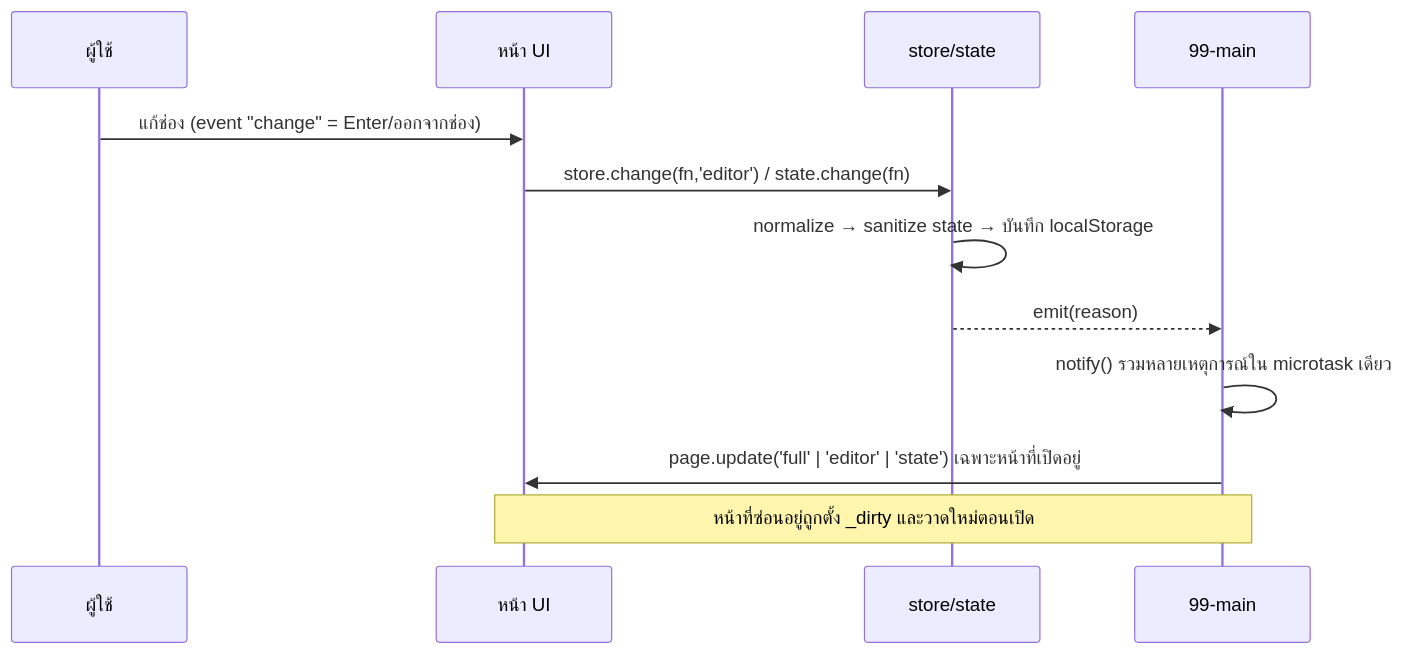
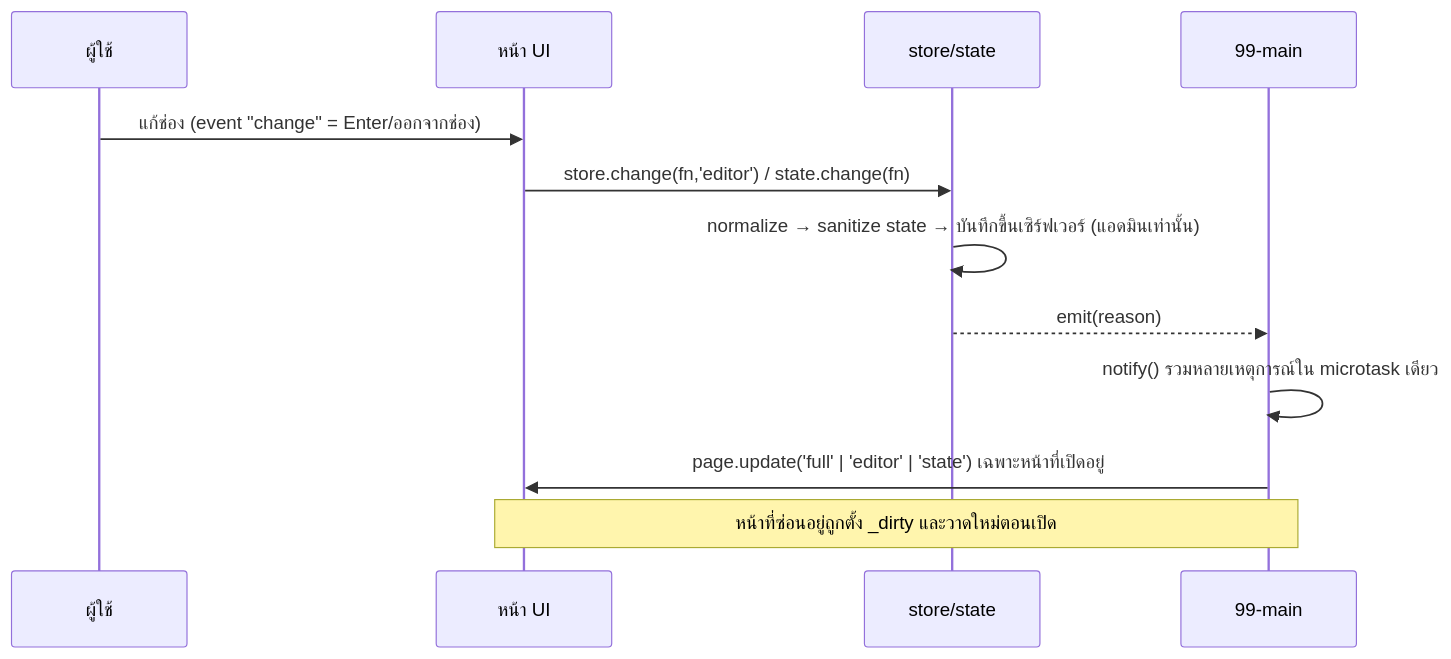
Before and after one commit to Elz199x/buildgame: the second of 2 diagrams in docs/ARCHITECTURE.md, drawn with Mermaid. The commit also changed other lines of this file and 145 other files, not shown here.

````diff
--- a/docs/ARCHITECTURE.md
+++ b/docs/ARCHITECTURE.md
@@ -81,14 +80,14 @@
 ```mermaid
 sequenceDiagram
   participant U as ผู้ใช้
   participant P as หน้า UI
   participant S as store/state
   participant M as 99-main
   U->>P: แก้ช่อง (event "change" = Enter/ออกจากช่อง)
   P->>S: store.change(fn,'editor') / state.change(fn)
-  S->>S: normalize → sanitize state → บันทึก localStorage
+  S->>S: normalize → sanitize state → บันทึกขึ้นเซิร์ฟเวอร์ (แอดมินเท่านั้น)
   S-->>M: emit(reason)
   M->>M: notify() รวมหลายเหตุการณ์ใน microtask เดียว
   M->>P: page.update('full' | 'editor' | 'state') เฉพาะหน้าที่เปิดอยู่
   Note over M,P: หน้าที่ซ่อนอยู่ถูกตั้ง _dirty และวาดใหม่ตอนเปิด
 ```
````
